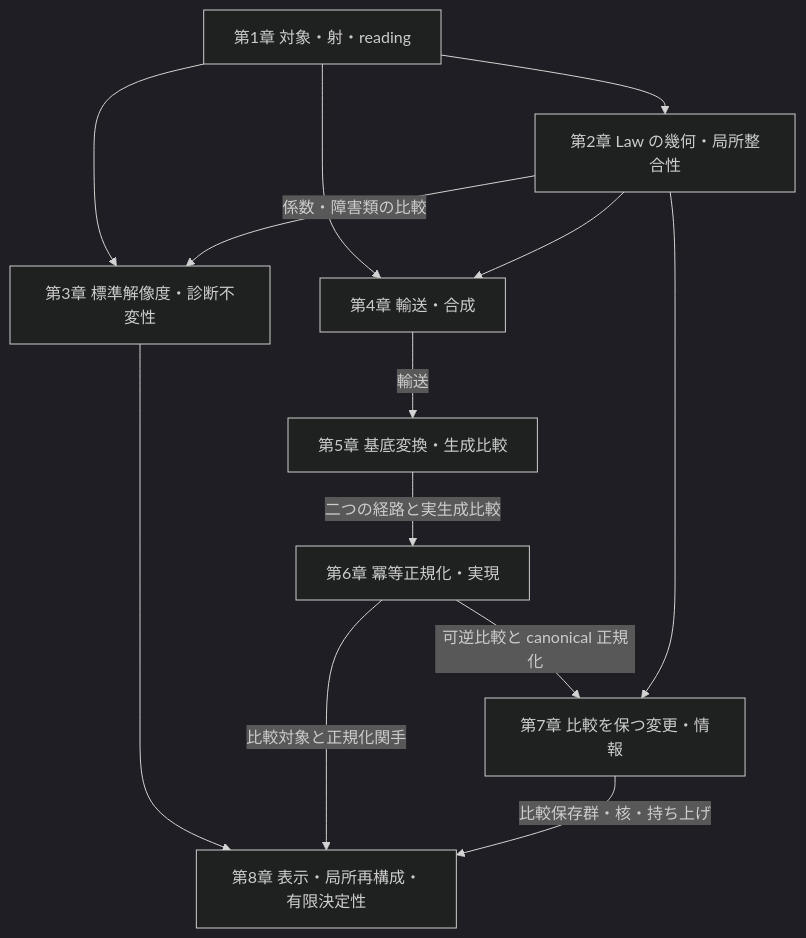
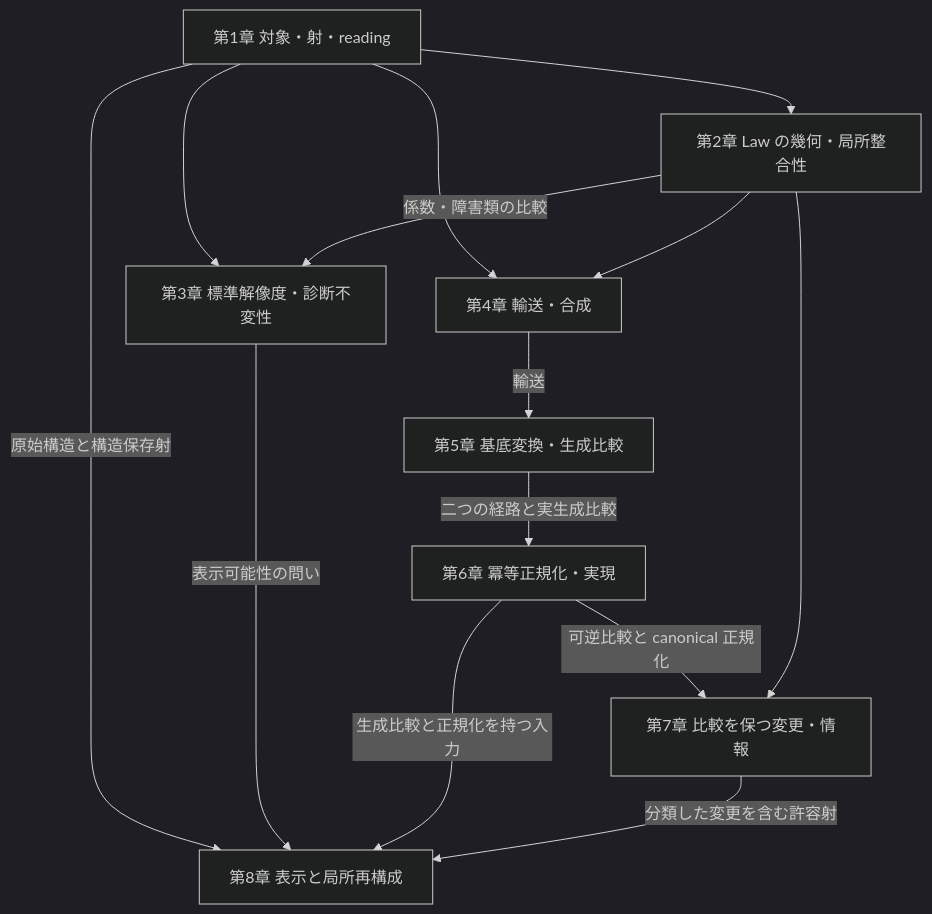
The diagram in outreach/paper/rising-sea/paper-structure.md (iroha1203/AlgebraicArchitectureTheoryV2), drawn with Mermaid (dark theme) before and after one commit. The commit also changed other lines of this file and 4 other files, not shown here.

````diff
--- a/outreach/paper/rising-sea/paper-structure.md
+++ b/outreach/paper/rising-sea/paper-structure.md
@@ -254,15 +281,16 @@
 ```mermaid
 flowchart TD
   C1["第1章 対象・射・reading"] --> C2["第2章 Law の幾何・局所整合性"]
   C1 --> C3["第3章 標準解像度・診断不変性"]
   C2 -->|係数・障害類の比較| C3
   C1 --> C4["第4章 輸送・合成"]
   C2 --> C4
   C4 -->|輸送| C5["第5章 基底変換・生成比較"]
   C5 -->|二つの経路と実生成比較| C6["第6章 冪等正規化・実現"]
   C6 -->|可逆比較と canonical 正規化| C7["第7章 比較を保つ変更・情報"]
   C2 --> C7
-  C3 --> C8["第8章 表示・局所再構成・有限決定性"]
-  C6 -->|比較対象と正規化関手| C8
-  C7 -->|比較保存群・核・持ち上げ| C8
+  C1 -->|原始構造と構造保存射| C8["第8章 表示と局所再構成"]
+  C3 -->|表示可能性の問い| C8
+  C6 -->|生成比較と正規化を持つ入力| C8
+  C7 -->|分類した変更を含む許容射| C8
 ```
````
